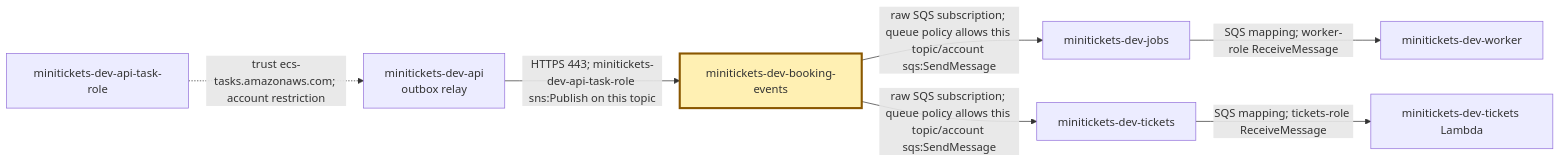
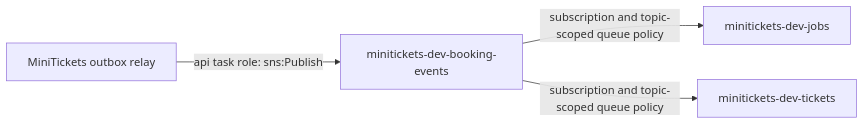
The diagram in docs/handbook/concepts/sns.md (maheshnd/minitickets), drawn with Mermaid before and after one commit. The commit also changed other lines of this file and 39 other files, not shown here.

````diff
--- a/docs/handbook/concepts/sns.md
+++ b/docs/handbook/concepts/sns.md
@@ -14,11 +18,6 @@
 ```mermaid
 flowchart LR
-    api["minitickets-dev-api<br/>outbox relay"] -->|"HTTPS 443; minitickets-dev-api-task-role sns:Publish on this topic"| topic["minitickets-dev-booking-events"]
-    role["minitickets-dev-api-task-role"] -.->|"trust ecs-tasks.amazonaws.com; account restriction"| api
-    topic -->|"raw SQS subscription; queue policy allows this topic/account sqs:SendMessage"| email["minitickets-dev-jobs"]
-    topic -->|"raw SQS subscription; queue policy allows this topic/account sqs:SendMessage"| tickets["minitickets-dev-tickets"]
-    email -->|"SQS mapping; worker-role ReceiveMessage"| worker["minitickets-dev-worker"]
-    tickets -->|"SQS mapping; tickets-role ReceiveMessage"| issuer["minitickets-dev-tickets Lambda"]
-    classDef focus fill:#fff0b3,stroke:#8a5700,stroke-width:3px
-    class topic focus
+    relay["MiniTickets outbox relay"] -->|"api task role: sns:Publish"| sns["minitickets-dev-booking-events"]
+    sns -->|"subscription and topic-scoped queue policy"| email["minitickets-dev-jobs"]
+    sns -->|"subscription and topic-scoped queue policy"| ticket["minitickets-dev-tickets"]
 ```
````
